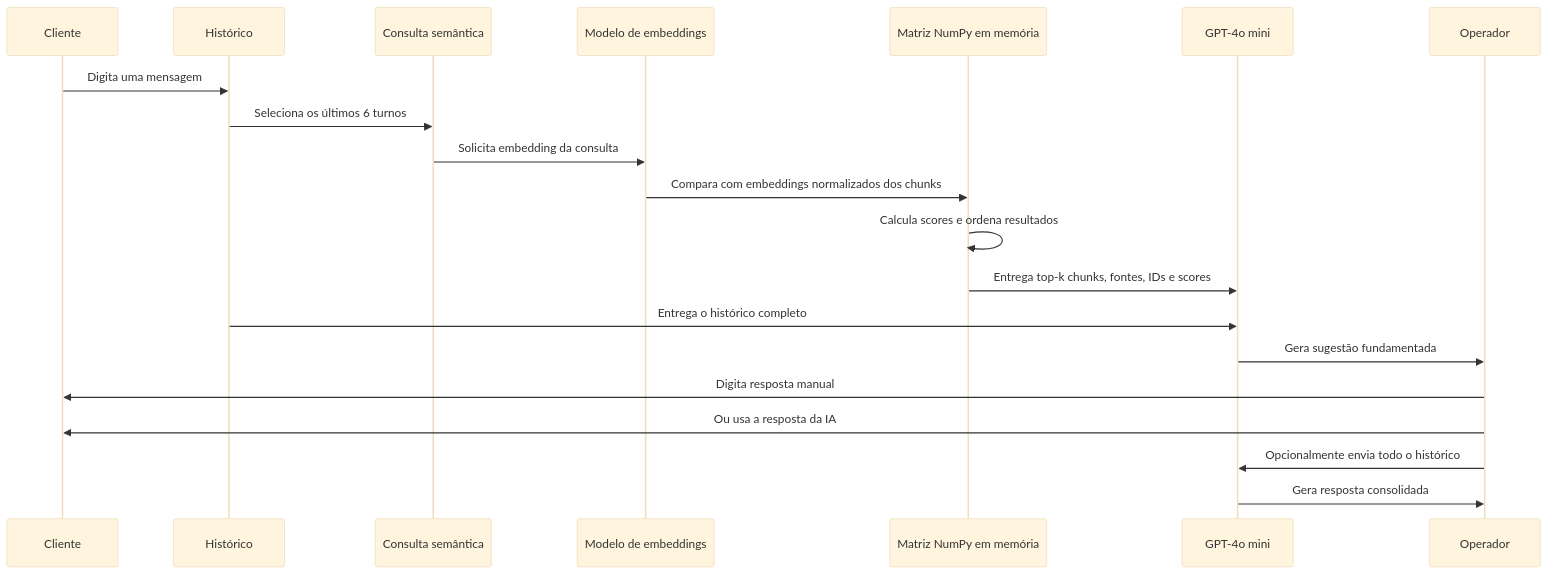
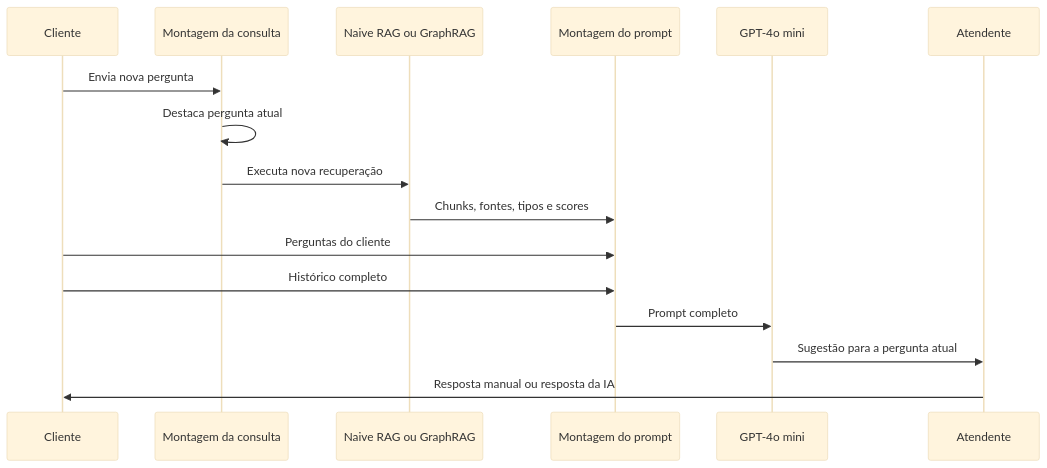
The fourth of 4 diagrams in README.md (eduardo-data/copiloto_assistente), drawn with Mermaid (base theme) before and after one commit. The commit also changed other lines of this file, not shown here.

Commit message:
docs: detalhar chunking estruturado, GraphRAG e contexto conversacional

````diff
--- a/README.md
+++ b/README.md
@@ -128,23 +231,19 @@
 ```mermaid
 sequenceDiagram
     participant C as Cliente
-    participant H as Histórico
-    participant Q as Consulta semântica
-    participant E as Modelo de embeddings
-    participant M as Matriz NumPy em memória
+    participant Q as Montagem da consulta
+    participant R as Naive RAG ou GraphRAG
+    participant P as Montagem do prompt
     participant G as GPT-4o mini
-    participant O as Operador
+    participant O as Atendente
 
-    C->>H: Digita uma mensagem
-    H->>Q: Seleciona os últimos 6 turnos
-    Q->>E: Solicita embedding da consulta
-    E->>M: Compara com embeddings normalizados dos chunks
-    M->>M: Calcula scores e ordena resultados
-    M->>G: Entrega top-k chunks, fontes, IDs e scores
-    H->>G: Entrega o histórico completo
-    G->>O: Gera sugestão fundamentada
-    O->>C: Digita resposta manual
-    O->>C: Ou usa a resposta da IA
-    O->>G: Opcionalmente envia todo o histórico
-    G->>O: Gera resposta consolidada
+    C->>Q: Envia nova pergunta
+    Q->>Q: Destaca pergunta atual
+    Q->>R: Executa nova recuperação
+    R->>P: Chunks, fontes, tipos e scores
+    C->>P: Perguntas do cliente
+    C->>P: Histórico completo
+    P->>G: Prompt completo
+    G->>O: Sugestão para a pergunta atual
+    O->>C: Resposta manual ou resposta da IA
 ```
````
